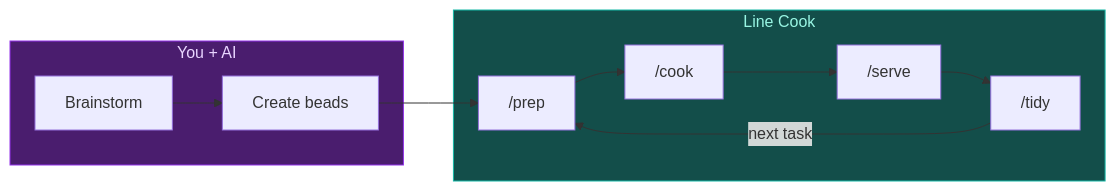
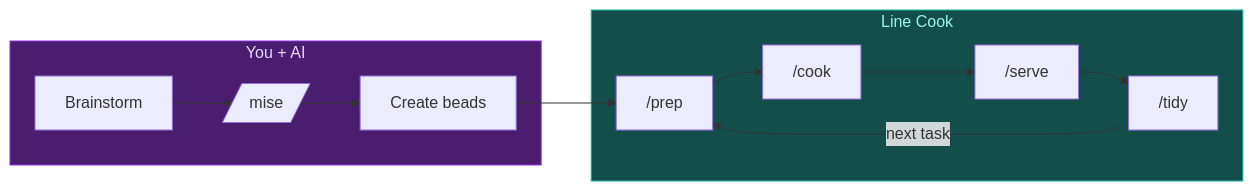
The diagram in README.md (smileynet/line-cook), drawn with Mermaid before and after one commit. The commit also changed other lines of this file and 19 other files, not shown here.

````diff
--- a/README.md
+++ b/README.md
@@ -27,14 +27,15 @@
 ```mermaid
 graph LR
     subgraph user ["You + AI"]
-        A[Brainstorm] --> B[Create beads]
+        A[Brainstorm] --> B[/mise/]
+        B --> C[Create beads]
     end
     subgraph auto ["Line Cook"]
-        C["/prep"] --> D["/cook"] --> E["/serve"] --> F["/tidy"]
+        D["/prep"] --> E["/cook"] --> F["/serve"] --> G["/tidy"]
     end
-    B --> C
-    F --> |next task| C
+    C --> D
+    G --> |next task| D
 
     style user fill:#4a1d6e,stroke:#9333ea,color:#e9d5ff
     style auto fill:#134e4a,stroke:#14b8a6,color:#99f6e4
 ```
````
